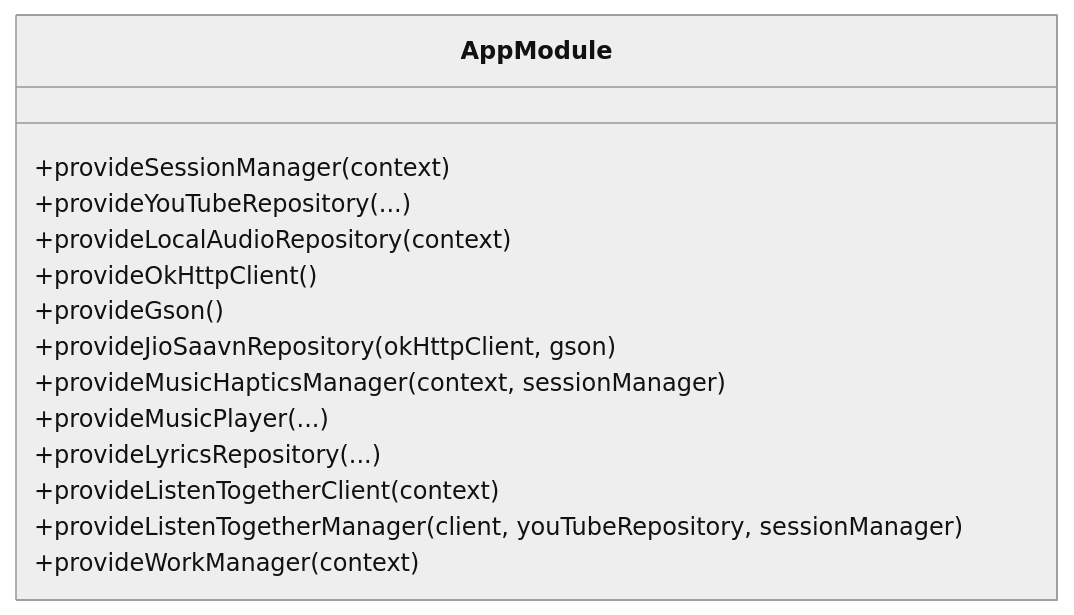
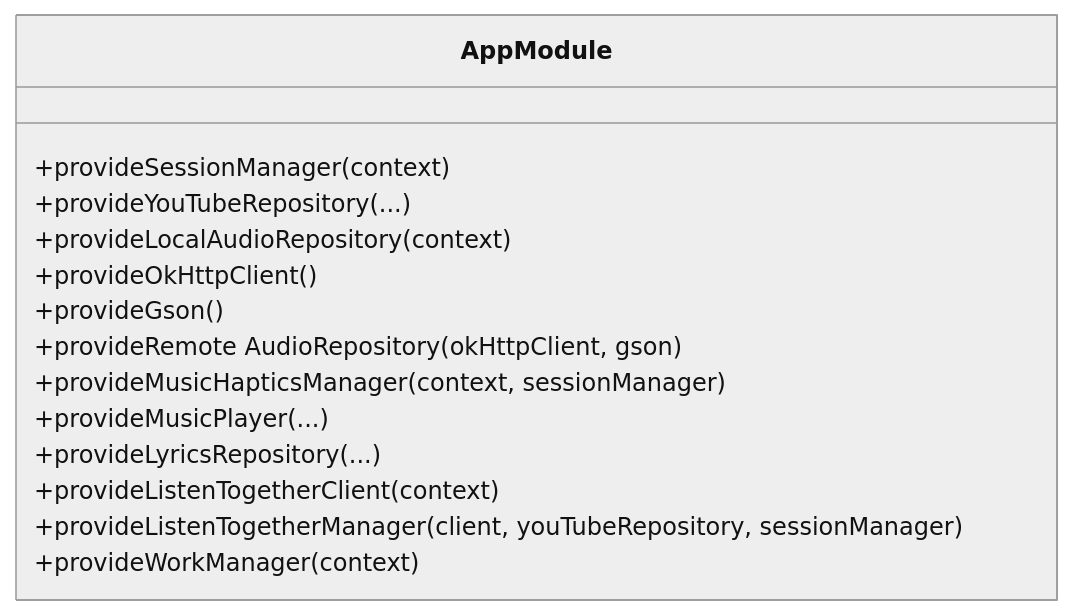
The third of 11 diagrams in docs/Application Architecture/Dependency Injection with Hilt.md (suvojeet-sengupta/SuvMusic), drawn with Mermaid (neutral theme) before and after one commit. The commit also changed other lines of this file and 32 other files, not shown here.

````diff
--- a/docs/Application Architecture/Dependency Injection with Hilt.md
+++ b/docs/Application Architecture/Dependency Injection with Hilt.md
@@ -147,17 +147,17 @@
 ```mermaid
 classDiagram
 class AppModule {
 +provideSessionManager(context)
 +provideYouTubeRepository(...)
 +provideLocalAudioRepository(context)
 +provideOkHttpClient()
 +provideGson()
-+provideJioSaavnRepository(okHttpClient, gson)
++provideRemote AudioRepository(okHttpClient, gson)
 +provideMusicHapticsManager(context, sessionManager)
 +provideMusicPlayer(...)
 +provideLyricsRepository(...)
 +provideListenTogetherClient(context)
 +provideListenTogetherManager(client, youTubeRepository, sessionManager)
 +provideWorkManager(context)
 }
 ```
````
